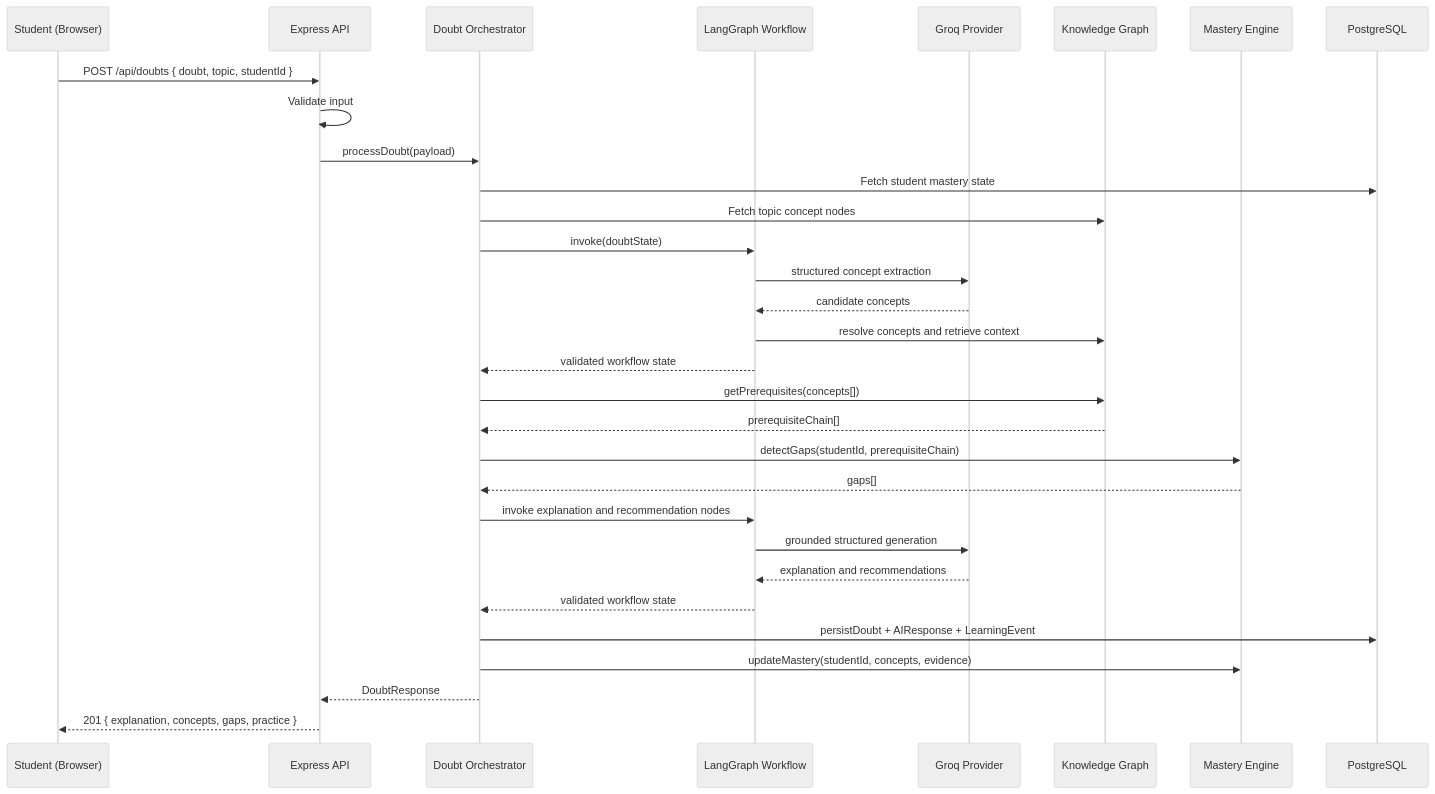
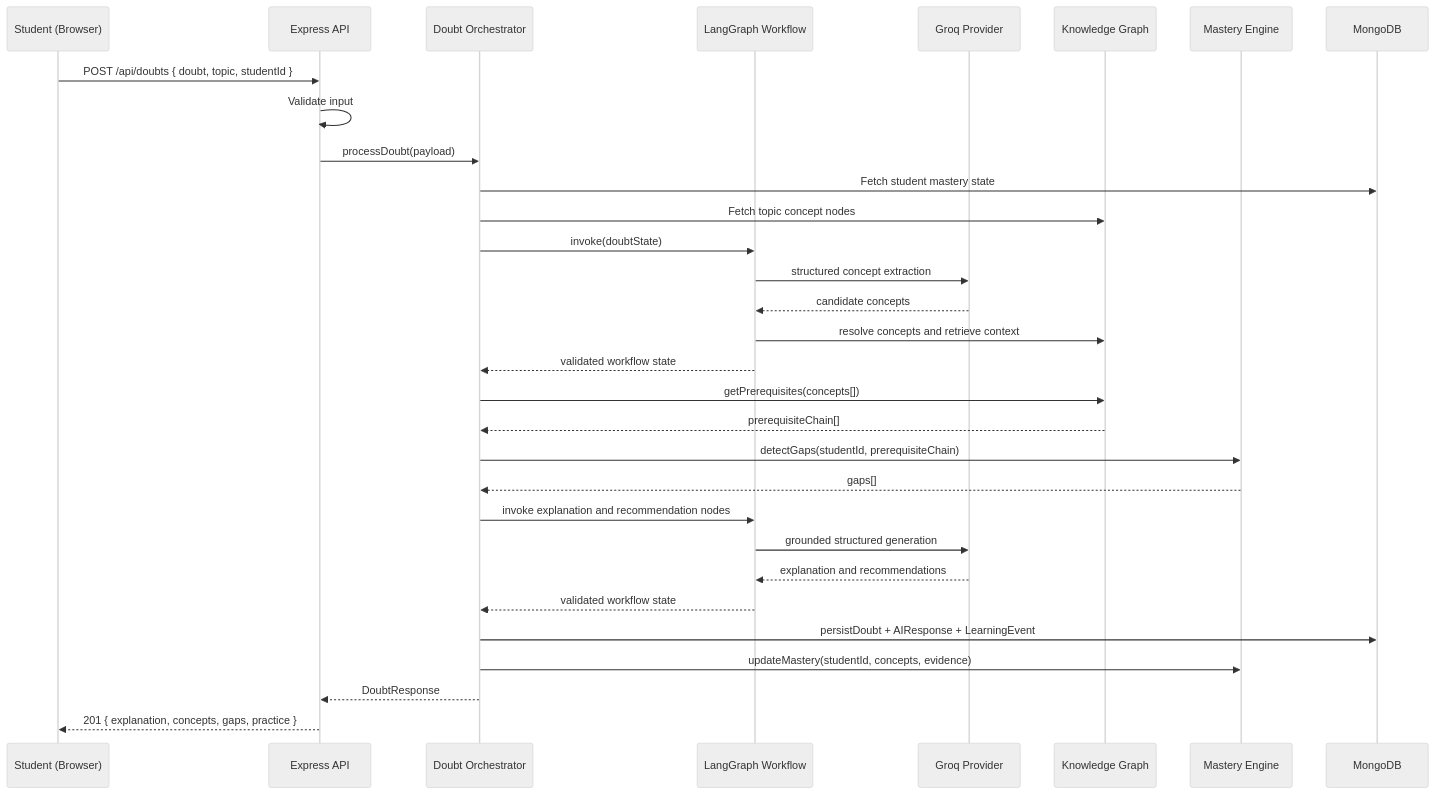
One commit to Jubed437/AI-Powered-Personalized-Doubt-Solving-Concept-Gap-Detector-for-Classrooms changed the second of 8 diagrams in KNOWRA_PROJECT_BLUEPRINT.md. Above: the diagram before and after it, drawn with Mermaid (neutral theme). The commit also changed other lines of this file and 29 other files, not shown here.

````diff
--- a/KNOWRA_PROJECT_BLUEPRINT.md
+++ b/KNOWRA_PROJECT_BLUEPRINT.md
@@ -293,34 +293,34 @@
 ```mermaid
 sequenceDiagram
     participant S as Student (Browser)
     participant API as Express API
     participant Orch as Doubt Orchestrator
     participant AI as LangGraph Workflow
     participant LLM as Groq Provider
     participant Graph as Knowledge Graph
     participant Mastery as Mastery Engine
-    participant DB as PostgreSQL
+    participant DB as MongoDB
 
     S->>API: POST /api/doubts { doubt, topic, studentId }
     API->>API: Validate input
     API->>Orch: processDoubt(payload)
     Orch->>DB: Fetch student mastery state
     Orch->>Graph: Fetch topic concept nodes
     Orch->>AI: invoke(doubtState)
     AI->>LLM: structured concept extraction
     LLM-->>AI: candidate concepts
     AI->>Graph: resolve concepts and retrieve context
     AI-->>Orch: validated workflow state
     Orch->>Graph: getPrerequisites(concepts[])
     Graph-->>Orch: prerequisiteChain[]
     Orch->>Mastery: detectGaps(studentId, prerequisiteChain)
     Mastery-->>Orch: gaps[]
     Orch->>AI: invoke explanation and recommendation nodes
     AI->>LLM: grounded structured generation
     LLM-->>AI: explanation and recommendations
     AI-->>Orch: validated workflow state
     Orch->>DB: persistDoubt + AIResponse + LearningEvent
     Orch->>Mastery: updateMastery(studentId, concepts, evidence)
     Orch-->>API: DoubtResponse
     API-->>S: 201 { explanation, concepts, gaps, practice }
 ```
````
